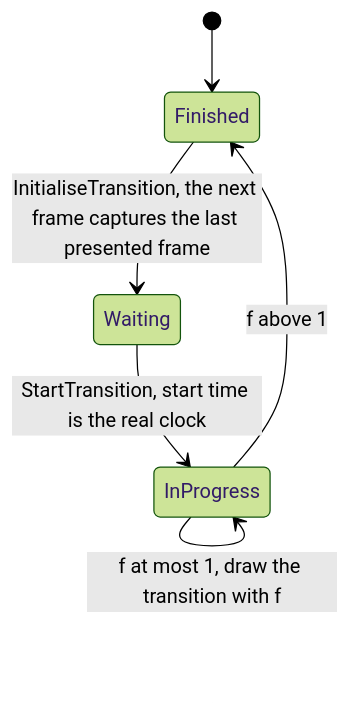
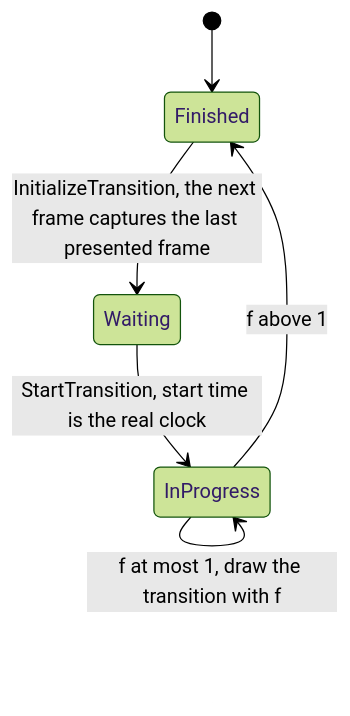
One commit to Zwaliebaba/Species.AI changed the second of 3 diagrams in design_next/architecture/components/renderer/frame_graph_and_passes.md. Above: the diagram before and after it, drawn with Mermaid (forest theme). The commit also changed other lines of this file and 30 other files, not shown here.

````diff
--- a/design_next/architecture/components/renderer/frame_graph_and_passes.md
+++ b/design_next/architecture/components/renderer/frame_graph_and_passes.md
@@ -266,8 +295,8 @@
 ```mermaid
 stateDiagram-v2
     [*] --> Finished
-    Finished --> Waiting: InitialiseTransition, the next frame captures the last presented frame
+    Finished --> Waiting: InitializeTransition, the next frame captures the last presented frame
     Waiting --> InProgress: StartTransition, start time is the real clock
     InProgress --> InProgress: f at most 1, draw the transition with f
     InProgress --> Finished: f above 1
 ```
````
